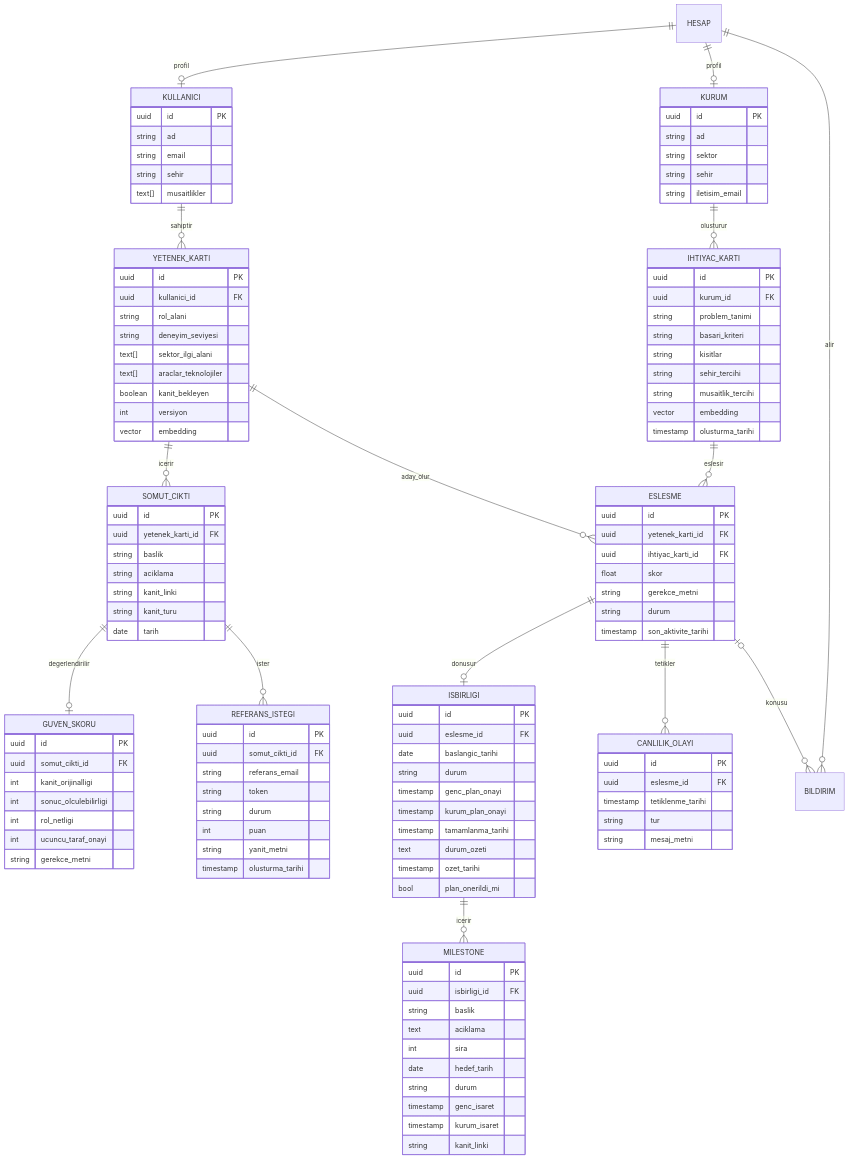
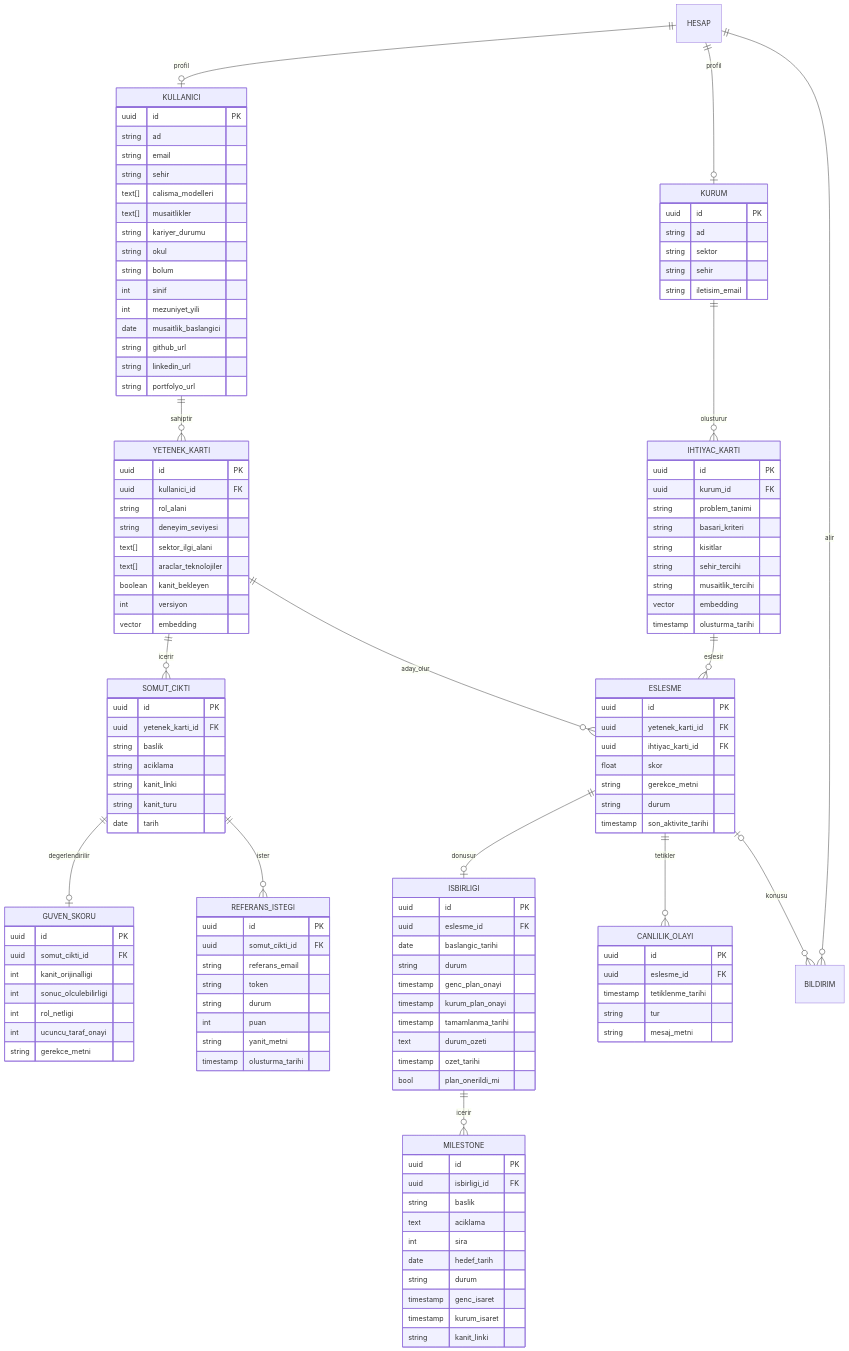
The diagram in docs/data-schema.md (zuhrekorhn/Zemin360-Hackathon), drawn with Mermaid before and after one commit. The commit also changed other lines of this file and 7 other files, not shown here.

```diff
--- a/docs/data-schema.md
+++ b/docs/data-schema.md
@@ -24,7 +24,17 @@
     string ad
     string email
     string sehir
+    text[] calisma_modelleri
     text[] musaitlikler
+    string kariyer_durumu
+    string okul
+    string bolum
+    int sinif
+    int mezuniyet_yili
+    date musaitlik_baslangici
+    string github_url
+    string linkedin_url
+    string portfolyo_url
   }
   YETENEK_KARTI {
     uuid id PK
```
